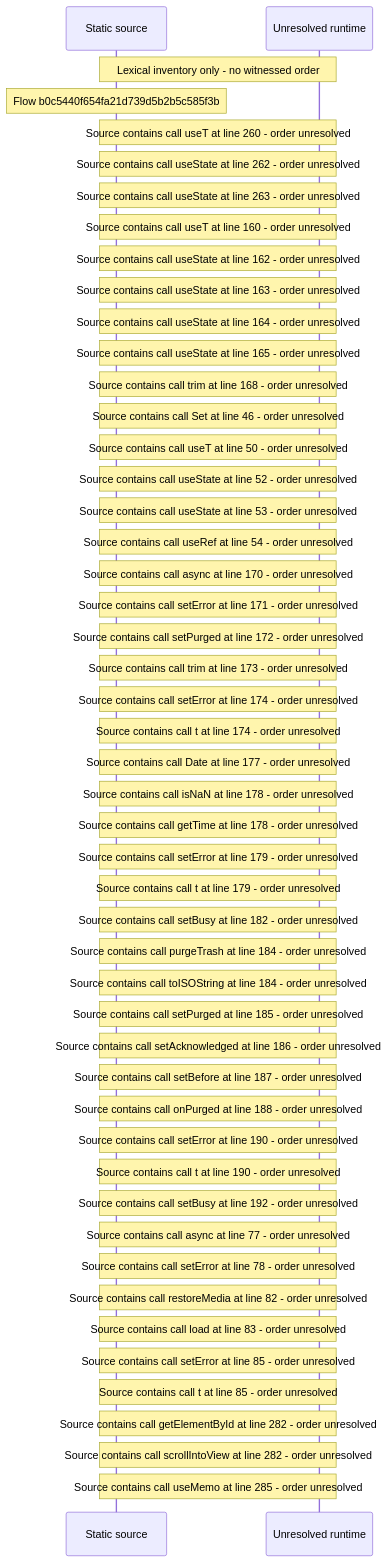
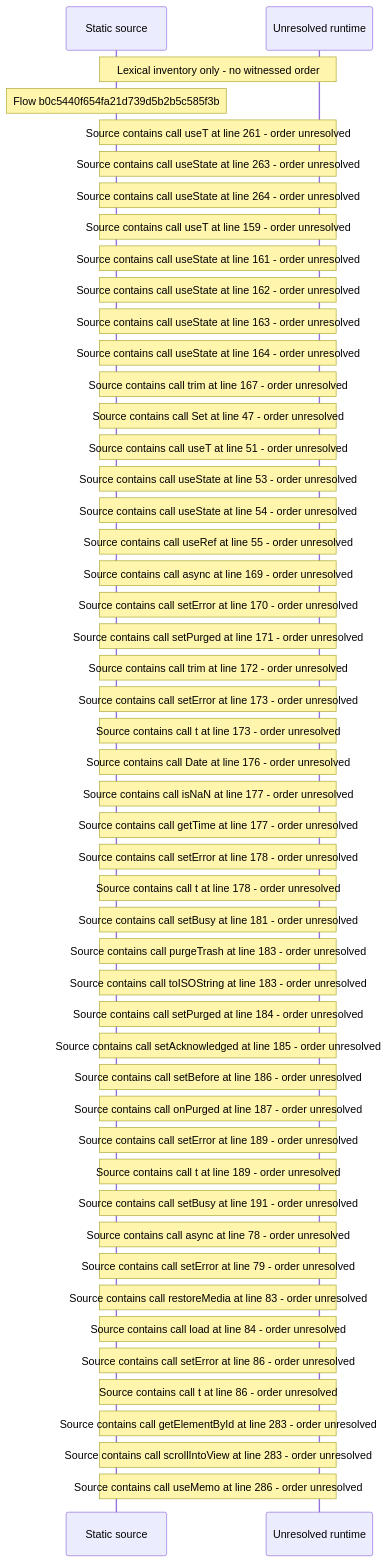
One commit to beamfall/core changed the diagram in docs/web/flows/generated/b0c5440f654fa21d739d5b2b5c585f3b/flow-diagram.md. Above: the diagram before and after it, drawn with Mermaid. The commit also changed other lines of this file and 715 other files, not shown here.

Commit message:
Regenerate the web flow record on the landing stack head (CORE-1762)

````diff
--- a/docs/web/flows/generated/b0c5440f654fa21d739d5b2b5c585f3b/flow-diagram.md
+++ b/docs/web/flows/generated/b0c5440f654fa21d739d5b2b5c585f3b/flow-diagram.md
@@ -10,51 +10,51 @@
 ```mermaid
 sequenceDiagram
     participant S as Static source
     participant U as Unresolved runtime
     Note over S,U: Lexical inventory only - no witnessed order
     Note over S: Flow b0c5440f654fa21d739d5b2b5c585f3b
-    Note over S,U: Source contains call useT at line 260 - order unresolved
-    Note over S,U: Source contains call useState at line 262 - order unresolved
+    Note over S,U: Source contains call useT at line 261 - order unresolved
     Note over S,U: Source contains call useState at line 263 - order unresolved
-    Note over S,U: Source contains call useT at line 160 - order unresolved
+    Note over S,U: Source contains call useState at line 264 - order unresolved
+    Note over S,U: Source contains call useT at line 159 - order unresolved
+    Note over S,U: Source contains call useState at line 161 - order unresolved
     Note over S,U: Source contains call useState at line 162 - order unresolved
     Note over S,U: Source contains call useState at line 163 - order unresolved
     Note over S,U: Source contains call useState at line 164 - order unresolved
-    Note over S,U: Source contains call useState at line 165 - order unresolved
-    Note over S,U: Source contains call trim at line 168 - order unresolved
-    Note over S,U: Source contains call Set at line 46 - order unresolved
-    Note over S,U: Source contains call useT at line 50 - order unresolved
-    Note over S,U: Source contains call useState at line 52 - order unresolved
+    Note over S,U: Source contains call trim at line 167 - order unresolved
+    Note over S,U: Source contains call Set at line 47 - order unresolved
+    Note over S,U: Source contains call useT at line 51 - order unresolved
     Note over S,U: Source contains call useState at line 53 - order unresolved
-    Note over S,U: Source contains call useRef at line 54 - order unresolved
-    Note over S,U: Source contains call async at line 170 - order unresolved
-    Note over S,U: Source contains call setError at line 171 - order unresolved
-    Note over S,U: Source contains call setPurged at line 172 - order unresolved
-    Note over S,U: Source contains call trim at line 173 - order unresolved
-    Note over S,U: Source contains call setError at line 174 - order unresolved
-    Note over S,U: Source contains call t at line 174 - order unresolved
-    Note over S,U: Source contains call Date at line 177 - order unresolved
-    Note over S,U: Source contains call isNaN at line 178 - order unresolved
-    Note over S,U: Source contains call getTime at line 178 - order unresolved
-    Note over S,U: Source contains call setError at line 179 - order unresolved
-    Note over S,U: Source contains call t at line 179 - order unresolved
-    Note over S,U: Source contains call setBusy at line 182 - order unresolved
-    Note over S,U: Source contains call purgeTrash at line 184 - order unresolved
-    Note over S,U: Source contains call toISOString at line 184 - order unresolved
-    Note over S,U: Source contains call setPurged at line 185 - order unresolved
-    Note over S,U: Source contains call setAcknowledged at line 186 - order unresolved
-    Note over S,U: Source contains call setBefore at line 187 - order unresolved
-    Note over S,U: Source contains call onPurged at line 188 - order unresolved
-    Note over S,U: Source contains call setError at line 190 - order unresolved
-    Note over S,U: Source contains call t at line 190 - order unresolved
-    Note over S,U: Source contains call setBusy at line 192 - order unresolved
-    Note over S,U: Source contains call async at line 77 - order unresolved
-    Note over S,U: Source contains call setError at line 78 - order unresolved
-    Note over S,U: Source contains call restoreMedia at line 82 - order unresolved
-    Note over S,U: Source contains call load at line 83 - order unresolved
-    Note over S,U: Source contains call setError at line 85 - order unresolved
-    Note over S,U: Source contains call t at line 85 - order unresolved
-    Note over S,U: Source contains call getElementById at line 282 - order unresolved
-    Note over S,U: Source contains call scrollIntoView at line 282 - order unresolved
-    Note over S,U: Source contains call useMemo at line 285 - order unresolved
+    Note over S,U: Source contains call useState at line 54 - order unresolved
+    Note over S,U: Source contains call useRef at line 55 - order unresolved
+    Note over S,U: Source contains call async at line 169 - order unresolved
+    Note over S,U: Source contains call setError at line 170 - order unresolved
+    Note over S,U: Source contains call setPurged at line 171 - order unresolved
+    Note over S,U: Source contains call trim at line 172 - order unresolved
+    Note over S,U: Source contains call setError at line 173 - order unresolved
+    Note over S,U: Source contains call t at line 173 - order unresolved
+    Note over S,U: Source contains call Date at line 176 - order unresolved
+    Note over S,U: Source contains call isNaN at line 177 - order unresolved
+    Note over S,U: Source contains call getTime at line 177 - order unresolved
+    Note over S,U: Source contains call setError at line 178 - order unresolved
+    Note over S,U: Source contains call t at line 178 - order unresolved
+    Note over S,U: Source contains call setBusy at line 181 - order unresolved
+    Note over S,U: Source contains call purgeTrash at line 183 - order unresolved
+    Note over S,U: Source contains call toISOString at line 183 - order unresolved
+    Note over S,U: Source contains call setPurged at line 184 - order unresolved
+    Note over S,U: Source contains call setAcknowledged at line 185 - order unresolved
+    Note over S,U: Source contains call setBefore at line 186 - order unresolved
+    Note over S,U: Source contains call onPurged at line 187 - order unresolved
+    Note over S,U: Source contains call setError at line 189 - order unresolved
+    Note over S,U: Source contains call t at line 189 - order unresolved
+    Note over S,U: Source contains call setBusy at line 191 - order unresolved
+    Note over S,U: Source contains call async at line 78 - order unresolved
+    Note over S,U: Source contains call setError at line 79 - order unresolved
+    Note over S,U: Source contains call restoreMedia at line 83 - order unresolved
+    Note over S,U: Source contains call load at line 84 - order unresolved
+    Note over S,U: Source contains call setError at line 86 - order unresolved
+    Note over S,U: Source contains call t at line 86 - order unresolved
+    Note over S,U: Source contains call getElementById at line 283 - order unresolved
+    Note over S,U: Source contains call scrollIntoView at line 283 - order unresolved
+    Note over S,U: Source contains call useMemo at line 286 - order unresolved
 ```
````
